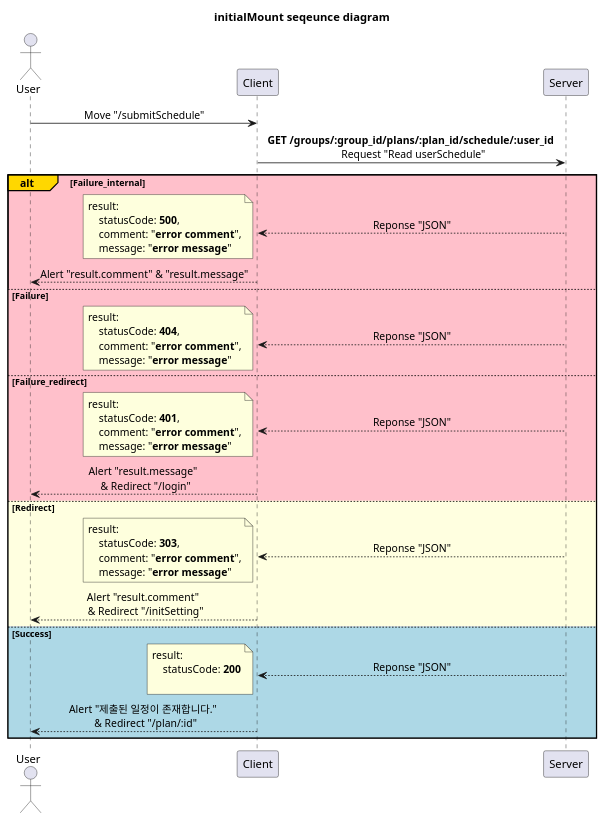
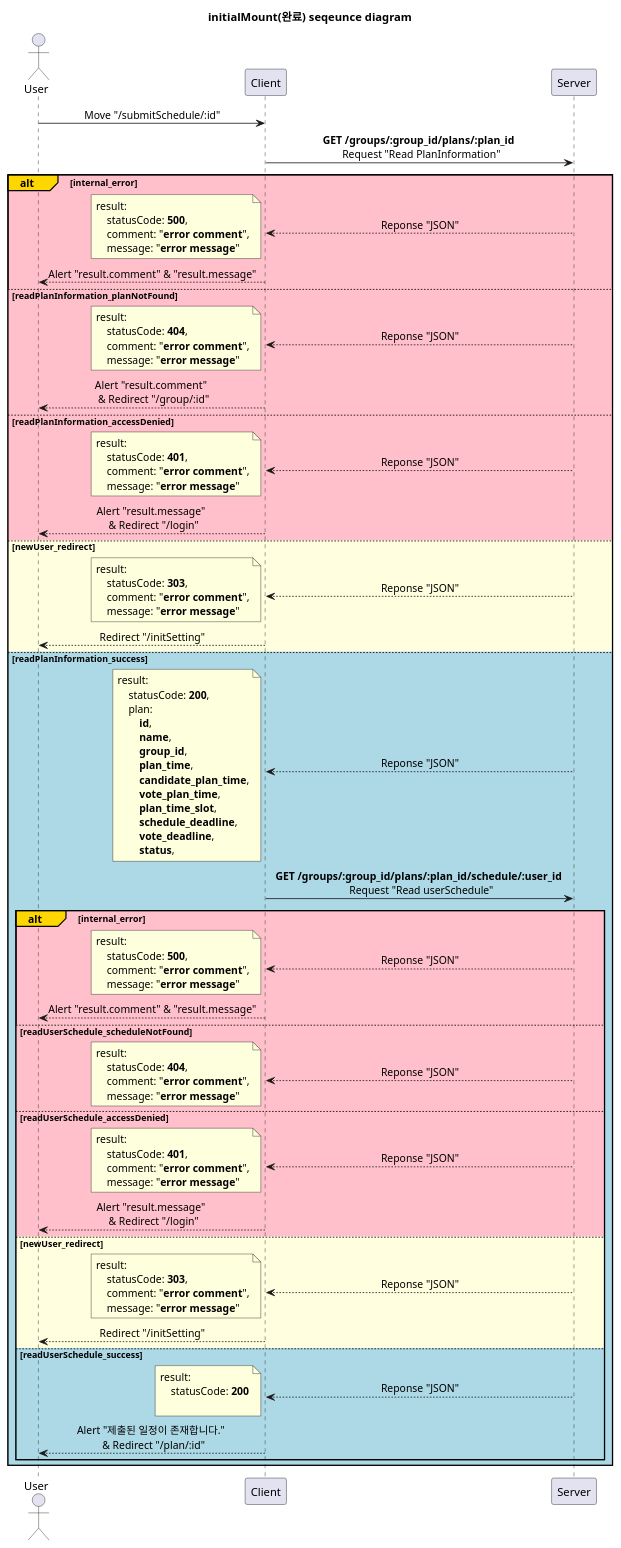
Before and after one commit to devSeungBin/SSCS: the diagram in diagram/submitSchedule_page/initialMount.puml, drawn with PlantUML. The commit also changed 19 other files, not shown here.

```diff
--- a/diagram/submitSchedule_page/initialMount.puml
+++ b/diagram/submitSchedule_page/initialMount.puml
@@ -1,66 +1,128 @@
-@startuml initialMount
-'http://localhost:3000/submitSchedule
+@startuml initialMount(완료)
+'http://localhost:3000/submitSchedule/:id
 
-title initialMount seqeunce diagram
+title initialMount(완료) seqeunce diagram
 
 skinparam SequenceMessageAlignment center
 
 participant Server order 30
 participant Client order 20
 actor User order 10
 
-User -> Client: Move "/submitSchedule"
+User -> Client: Move "/submitSchedule/:id"
 
-Client -> Server: **GET /groups/:group_id/plans/:plan_id/schedule/:user_id** \n Request "Read userSchedule"
+Client -> Server: **GET /groups/:group_id/plans/:plan_id** \n Request "Read PlanInformation"
 
-alt#Gold #Pink Failure_internal
+alt#Gold #Pink internal_error
     Client <-- Server: Reponse "JSON"
     note left
         result:
             statusCode: **500**,
             comment: "**error comment**",
             message: "**error message**"
     end note
     User <-- Client: Alert "result.comment" & "result.message"
 
-else #Pink Failure
+else #Pink readPlanInformation_planNotFound
     Client <-- Server: Reponse "JSON"
     note left
         result:
             statusCode: **404**,
             comment: "**error comment**",
             message: "**error message**"
     end note
+    User <-- Client: Alert "result.comment" \n & Redirect "/group/:id"
 
-else #Pink Failure_redirect
+else #Pink readPlanInformation_accessDenied
     Client <-- Server: Reponse "JSON"
     note left
         result:
             statusCode: **401**,
             comment: "**error comment**",
             message: "**error message**"
     end note
     User <-- Client: Alert "result.message" \n & Redirect "/login"
 
-else #LightYellow Redirect
+else #LightYellow newUser_redirect
     Client <-- Server: Reponse "JSON"
     note left
         result:
             statusCode: **303**,
             comment: "**error comment**",
             message: "**error message**"
     end note
-    User <-- Client: Alert "result.comment" \n & Redirect "/initSetting"
+    User <-- Client: Redirect "/initSetting"
 
-else #LightBlue Success
+else #LightBlue readPlanInformation_success
     Client <-- Server: Reponse "JSON"
     note left
         result:
-            statusCode: **200**
+            statusCode: **200**,
+            plan:
+                **id**,
+                **name**,
+                **group_id**,
+                **plan_time**,
+                **candidate_plan_time**,
+                **vote_plan_time**,
+                **plan_time_slot**,
+                **schedule_deadline**,
+                **vote_deadline**,
+                **status**,
+    end note
 
-    end note
-    User <-- Client: Alert "제출된 일정이 존재합니다." \n & Redirect "/plan/:id"
+    Client -> Server: **GET /groups/:group_id/plans/:plan_id/schedule/:user_id** \n Request "Read userSchedule"
+
+    alt#Gold #Pink internal_error
+        Client <-- Server: Reponse "JSON"
+        note left
+            result:
+                statusCode: **500**,
+                comment: "**error comment**",
+                message: "**error message**"
+        end note
+        User <-- Client: Alert "result.comment" & "result.message"
+
+    else #Pink readUserSchedule_scheduleNotFound
+        Client <-- Server: Reponse "JSON"
+        note left
+            result:
+                statusCode: **404**,
+                comment: "**error comment**",
+                message: "**error message**"
+        end note
+
+    else #Pink readUserSchedule_accessDenied
+        Client <-- Server: Reponse "JSON"
+        note left
+            result:
+                statusCode: **401**,
+                comment: "**error comment**",
+                message: "**error message**"
+        end note
+        User <-- Client: Alert "result.message" \n & Redirect "/login"
+
+    else #LightYellow newUser_redirect
+        Client <-- Server: Reponse "JSON"
+        note left
+            result:
+                statusCode: **303**,
+                comment: "**error comment**",
+                message: "**error message**"
+        end note
+        User <-- Client: Redirect "/initSetting"
+
+    else #LightBlue readUserSchedule_success
+        Client <-- Server: Reponse "JSON"
+        note left
+            result:
+                statusCode: **200**
+
+        end note
+        User <-- Client: Alert "제출된 일정이 존재합니다." \n & Redirect "/plan/:id"
+
+    end
 
 end
 
 @enduml
```
